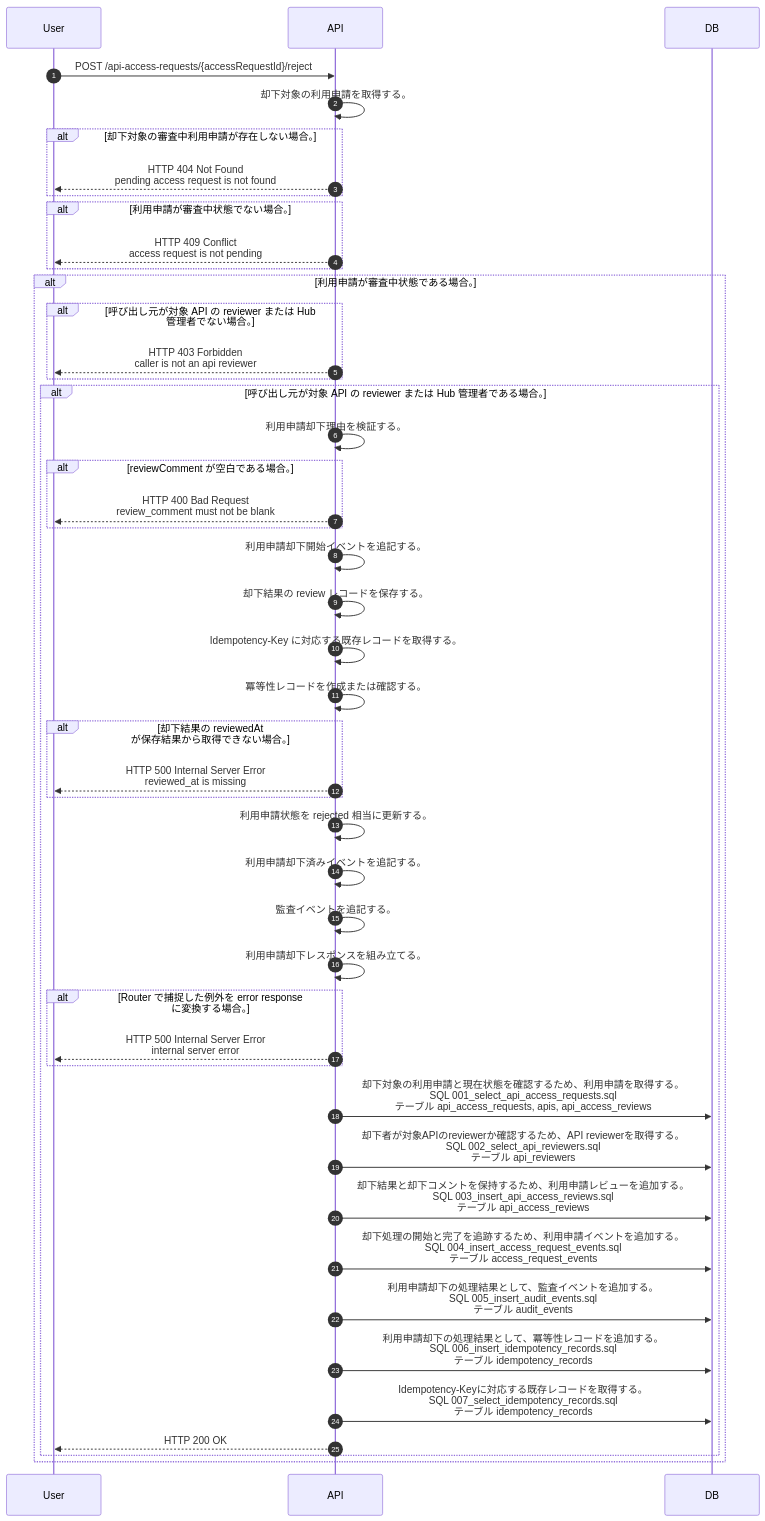
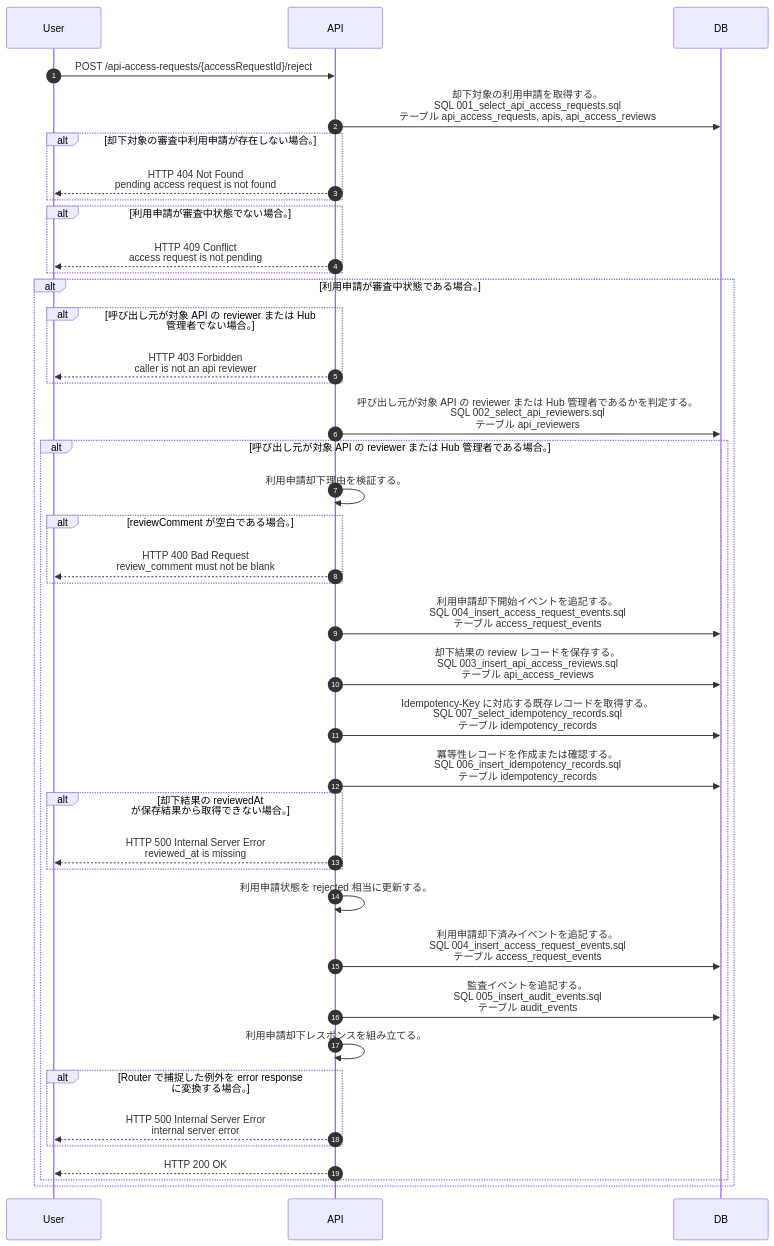
Before and after one commit to tsuji-tomonori/lazunex: the diagram in docs/spec/40.apis/api_access_requests/reject_api_access_request/sequence_gen.md, drawn with Mermaid. The commit also changed 14 other files, not shown here.

````diff
--- a/docs/spec/40.apis/api_access_requests/reject_api_access_request/sequence_gen.md
+++ b/docs/spec/40.apis/api_access_requests/reject_api_access_request/sequence_gen.md
@@ -5,48 +5,42 @@
 ```mermaid
 sequenceDiagram
   autonumber
   participant User as User
   participant API as API
   participant DB as DB
   User->>API: POST /api-access-requests/{accessRequestId}/reject
-  API->>API: 却下対象の利用申請を取得する。
+  API->>DB: 却下対象の利用申請を取得する。<br/>SQL 001_select_api_access_requests.sql<br/>テーブル api_access_requests, apis, api_access_reviews
   alt 却下対象の審査中利用申請が存在しない場合。
     API-->>User: HTTP 404 Not Found<br/>pending access request is not found
   end
   alt 利用申請が審査中状態でない場合。
     API-->>User: HTTP 409 Conflict<br/>access request is not pending
   end
   alt 利用申請が審査中状態である場合。
     alt 呼び出し元が対象 API の reviewer または Hub 管理者でない場合。
       API-->>User: HTTP 403 Forbidden<br/>caller is not an api reviewer
     end
+    API->>DB: 呼び出し元が対象 API の reviewer または Hub 管理者であるかを判定する。<br/>SQL 002_select_api_reviewers.sql<br/>テーブル api_reviewers
     alt 呼び出し元が対象 API の reviewer または Hub 管理者である場合。
       API->>API: 利用申請却下理由を検証する。
       alt reviewComment が空白である場合。
         API-->>User: HTTP 400 Bad Request<br/>review_comment must not be blank
       end
-      API->>API: 利用申請却下開始イベントを追記する。
-      API->>API: 却下結果の review レコードを保存する。
-      API->>API: Idempotency-Key に対応する既存レコードを取得する。
-      API->>API: 冪等性レコードを作成または確認する。
+      API->>DB: 利用申請却下開始イベントを追記する。<br/>SQL 004_insert_access_request_events.sql<br/>テーブル access_request_events
+      API->>DB: 却下結果の review レコードを保存する。<br/>SQL 003_insert_api_access_reviews.sql<br/>テーブル api_access_reviews
+      API->>DB: Idempotency-Key に対応する既存レコードを取得する。<br/>SQL 007_select_idempotency_records.sql<br/>テーブル idempotency_records
+      API->>DB: 冪等性レコードを作成または確認する。<br/>SQL 006_insert_idempotency_records.sql<br/>テーブル idempotency_records
       alt 却下結果の reviewedAt が保存結果から取得できない場合。
         API-->>User: HTTP 500 Internal Server Error<br/>reviewed_at is missing
       end
       API->>API: 利用申請状態を rejected 相当に更新する。
-      API->>API: 利用申請却下済みイベントを追記する。
-      API->>API: 監査イベントを追記する。
+      API->>DB: 利用申請却下済みイベントを追記する。<br/>SQL 004_insert_access_request_events.sql<br/>テーブル access_request_events
+      API->>DB: 監査イベントを追記する。<br/>SQL 005_insert_audit_events.sql<br/>テーブル audit_events
       API->>API: 利用申請却下レスポンスを組み立てる。
       alt Router で捕捉した例外を error response に変換する場合。
         API-->>User: HTTP 500 Internal Server Error<br/>internal server error
       end
-      API->>DB: 却下対象の利用申請と現在状態を確認するため、利用申請を取得する。<br/>SQL 001_select_api_access_requests.sql<br/>テーブル api_access_requests, apis, api_access_reviews
-      API->>DB: 却下者が対象APIのreviewerか確認するため、API reviewerを取得する。<br/>SQL 002_select_api_reviewers.sql<br/>テーブル api_reviewers
-      API->>DB: 却下結果と却下コメントを保持するため、利用申請レビューを追加する。<br/>SQL 003_insert_api_access_reviews.sql<br/>テーブル api_access_reviews
-      API->>DB: 却下処理の開始と完了を追跡するため、利用申請イベントを追加する。<br/>SQL 004_insert_access_request_events.sql<br/>テーブル access_request_events
-      API->>DB: 利用申請却下の処理結果として、監査イベントを追加する。<br/>SQL 005_insert_audit_events.sql<br/>テーブル audit_events
-      API->>DB: 利用申請却下の処理結果として、冪等性レコードを追加する。<br/>SQL 006_insert_idempotency_records.sql<br/>テーブル idempotency_records
-      API->>DB: Idempotency-Keyに対応する既存レコードを取得する。<br/>SQL 007_select_idempotency_records.sql<br/>テーブル idempotency_records
       API-->>User: HTTP 200 OK
     end
   end
 ```
````
